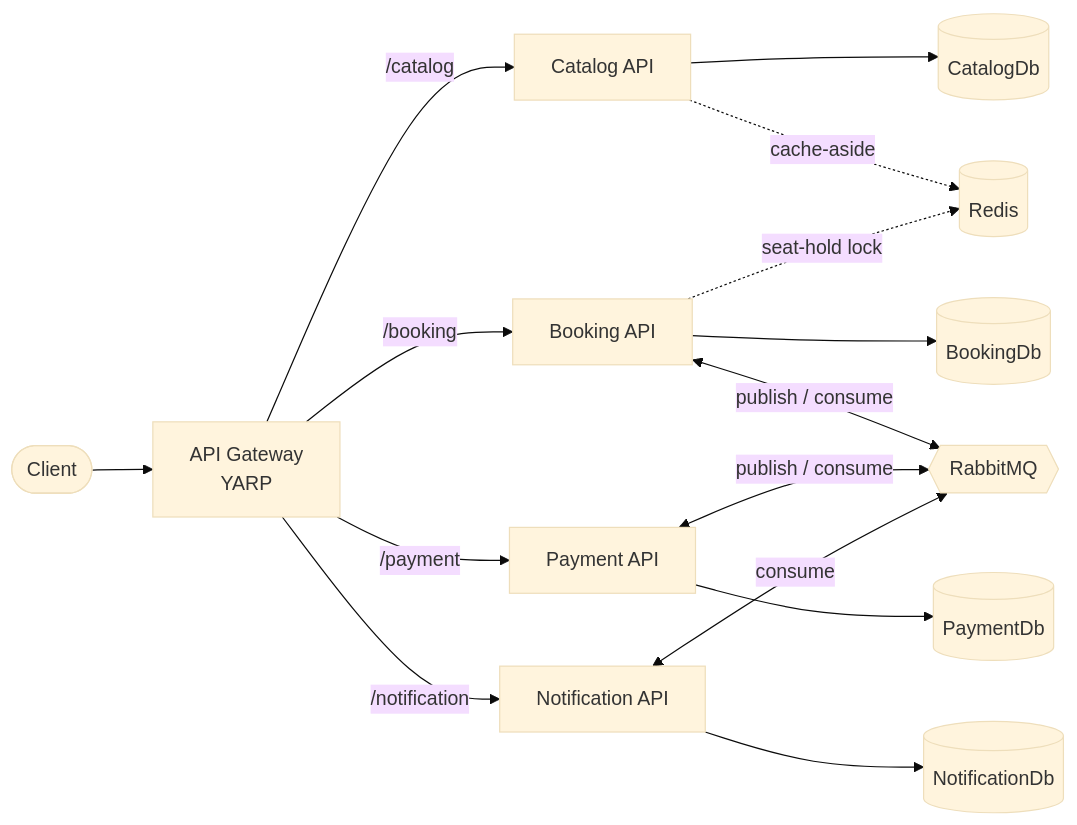
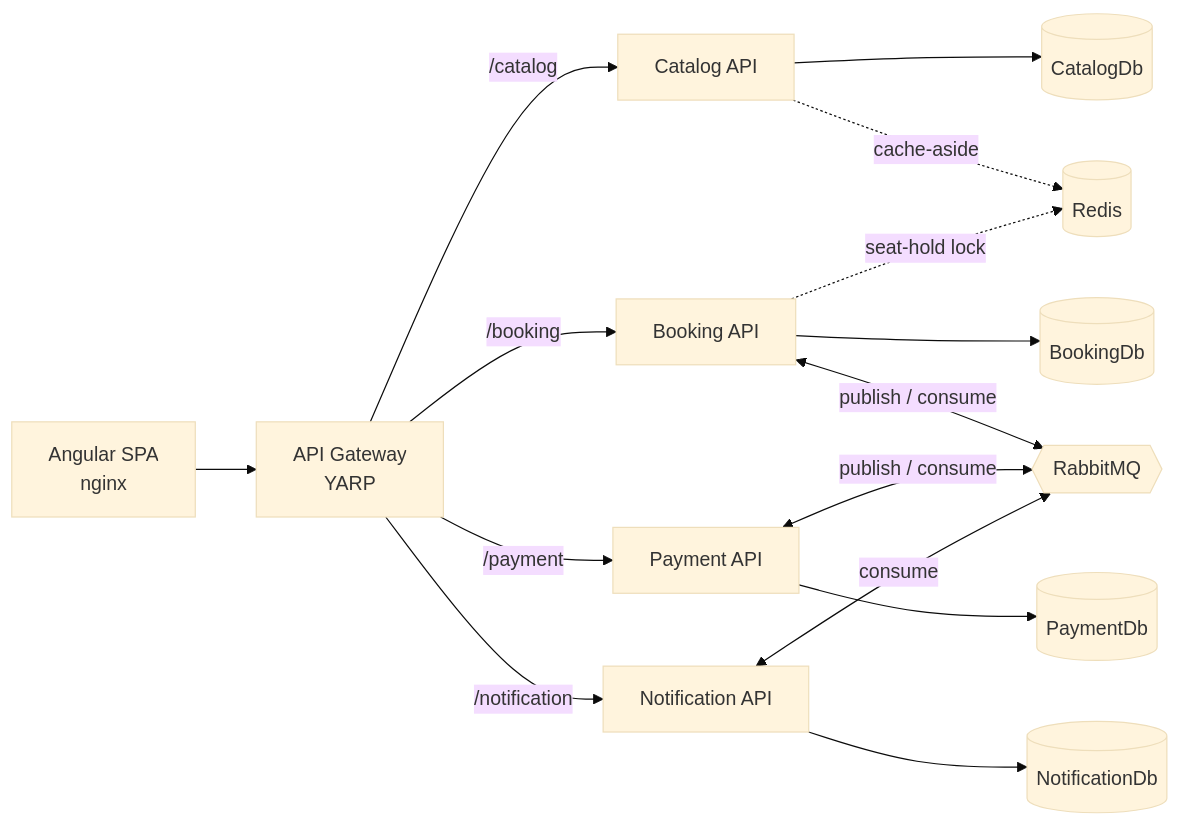
Before and after one commit to sahilshetty19/event-ticketing-platform: the first of 2 diagrams in README.md, drawn with Mermaid (base theme). The commit also changed other lines of this file and 44 other files, not shown here.

First line of the commit message:
feat(web): add containerized Angular SPA + gateway CORS

````diff
--- a/README.md
+++ b/README.md
@@ -35,21 +35,21 @@
 ```mermaid
 flowchart LR
-  client([Client]) --> gw[API Gateway<br/>YARP]
+  spa[Angular SPA<br/>nginx] --> gw[API Gateway<br/>YARP]
 
   gw -->|/catalog| cat[Catalog API]
   gw -->|/booking| bk[Booking API]
   gw -->|/payment| pay[Payment API]
   gw -->|/notification| ntf[Notification API]
 
   cat --> catdb[(CatalogDb)]
   bk --> bkdb[(BookingDb)]
   pay --> paydb[(PaymentDb)]
   ntf --> ntfdb[(NotificationDb)]
 
   cat -. cache-aside .-> redis[(Redis)]
   bk -. seat-hold lock .-> redis
 
   bk <-->|publish / consume| mq{{RabbitMQ}}
   pay <-->|publish / consume| mq
   ntf <-->|consume| mq
 ```
````
